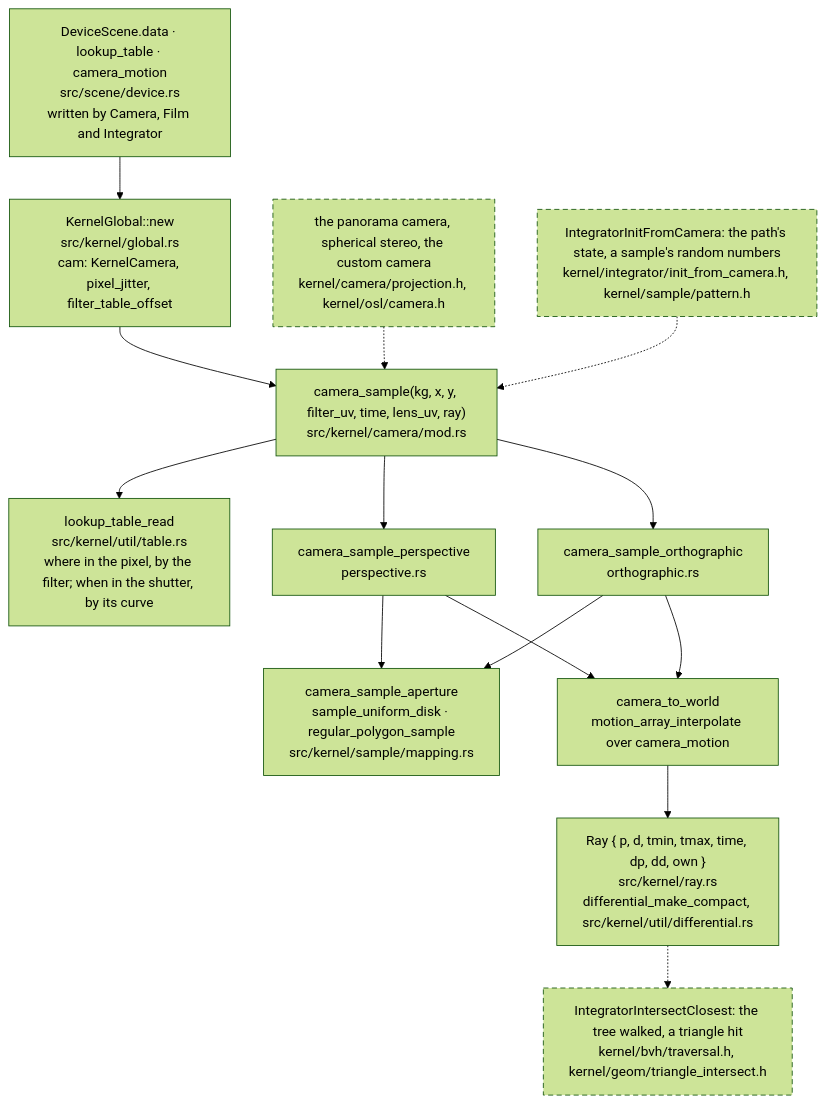
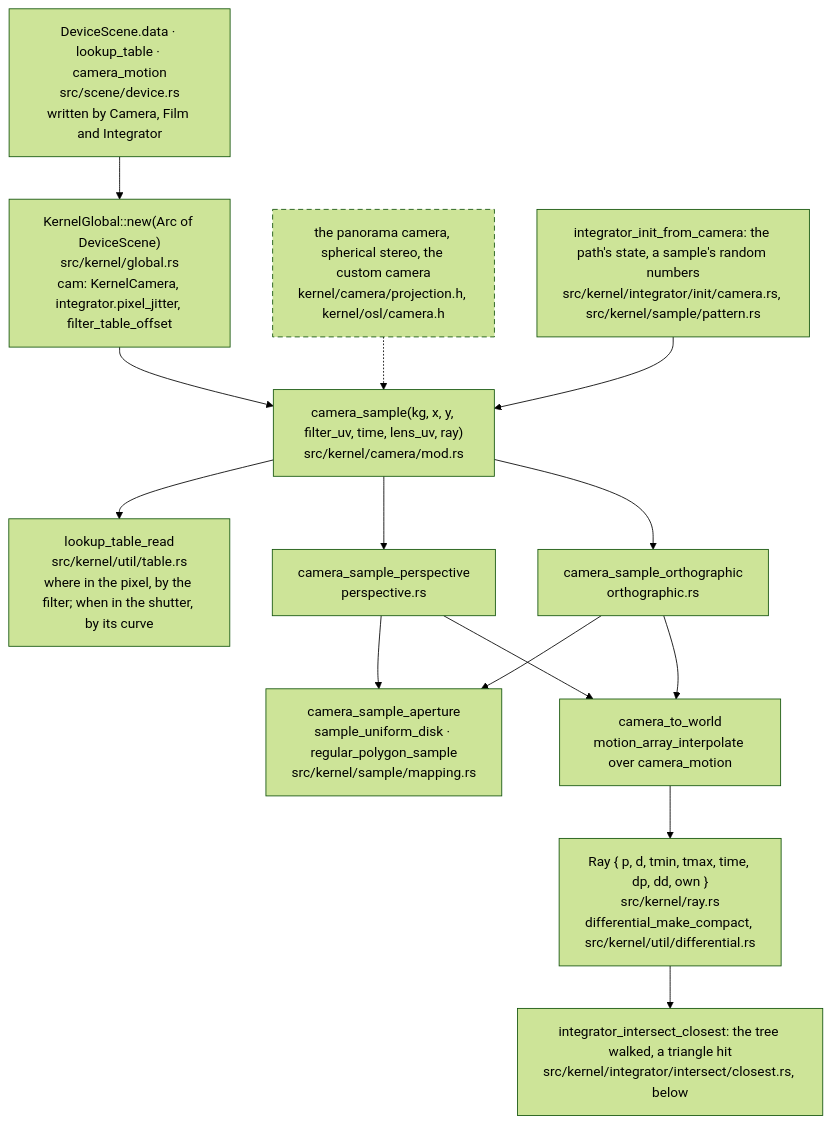
Diagram 11 of 13 in crates/cycles/FLOW.md (gemphi/phikit), drawn with Mermaid (forest theme) before and after one commit. The commit also changed other lines of this file and 79 other files, not shown here.

First line of the commit message:
cycles: one-word singular names; FLOW and PLAN true for the merged crate

````diff
--- a/crates/cycles/FLOW.md
+++ b/crates/cycles/FLOW.md
@@ -306,29 +306,29 @@
 ```mermaid
 graph TB
     r0["DeviceScene.data · lookup_table · camera_motion<br/>src/scene/device.rs<br/>written by Camera, Film and Integrator"]
-    r1["KernelGlobal::new<br/>src/kernel/global.rs<br/>cam: KernelCamera, pixel_jitter, filter_table_offset"]
+    r1["KernelGlobal::new(Arc of DeviceScene)<br/>src/kernel/global.rs<br/>cam: KernelCamera, integrator.pixel_jitter, filter_table_offset"]
     r2["camera_sample(kg, x, y, filter_uv, time, lens_uv, ray)<br/>src/kernel/camera/mod.rs"]
     r3["lookup_table_read<br/>src/kernel/util/table.rs<br/>where in the pixel, by the filter; when in the shutter, by its curve"]
     r4["camera_sample_perspective<br/>perspective.rs"]
     r5["camera_sample_orthographic<br/>orthographic.rs"]
     r6["camera_sample_aperture<br/>sample_uniform_disk · regular_polygon_sample<br/>src/kernel/sample/mapping.rs"]
     r7["camera_to_world<br/>motion_array_interpolate over camera_motion"]
     r8["Ray { p, d, tmin, tmax, time, dp, dd, own }<br/>src/kernel/ray.rs<br/>differential_make_compact, src/kernel/util/differential.rs"]
     c1["the panorama camera, spherical stereo, the custom camera<br/>kernel/camera/projection.h, kernel/osl/camera.h"]
-    c2["IntegratorInitFromCamera: the path's state, a sample's random numbers<br/>kernel/integrator/init_from_camera.h, kernel/sample/pattern.h"]
-    c3["IntegratorIntersectClosest: the tree walked, a triangle hit<br/>kernel/bvh/traversal.h, kernel/geom/triangle_intersect.h"]
+    c2["integrator_init_from_camera: the path's state, a sample's random numbers<br/>src/kernel/integrator/init/camera.rs, src/kernel/sample/pattern.rs"]
+    c3["integrator_intersect_closest: the tree walked, a triangle hit<br/>src/kernel/integrator/intersect/closest.rs, below"]
     r0 --> r1 --> r2
     r2 --> r3
     r2 --> r4
     r2 --> r5
     r4 --> r6
     r5 --> r6
     r4 --> r7
     r5 --> r7
     r7 --> r8
     c1 -.-> r2
-    c2 -.-> r2
-    r8 -.-> c3
+    c2 --> r2
+    r8 --> c3
     classDef todo stroke-dasharray: 6 4;
-    class c1,c2,c3 todo;
+    class c1 todo;
 ```
````
